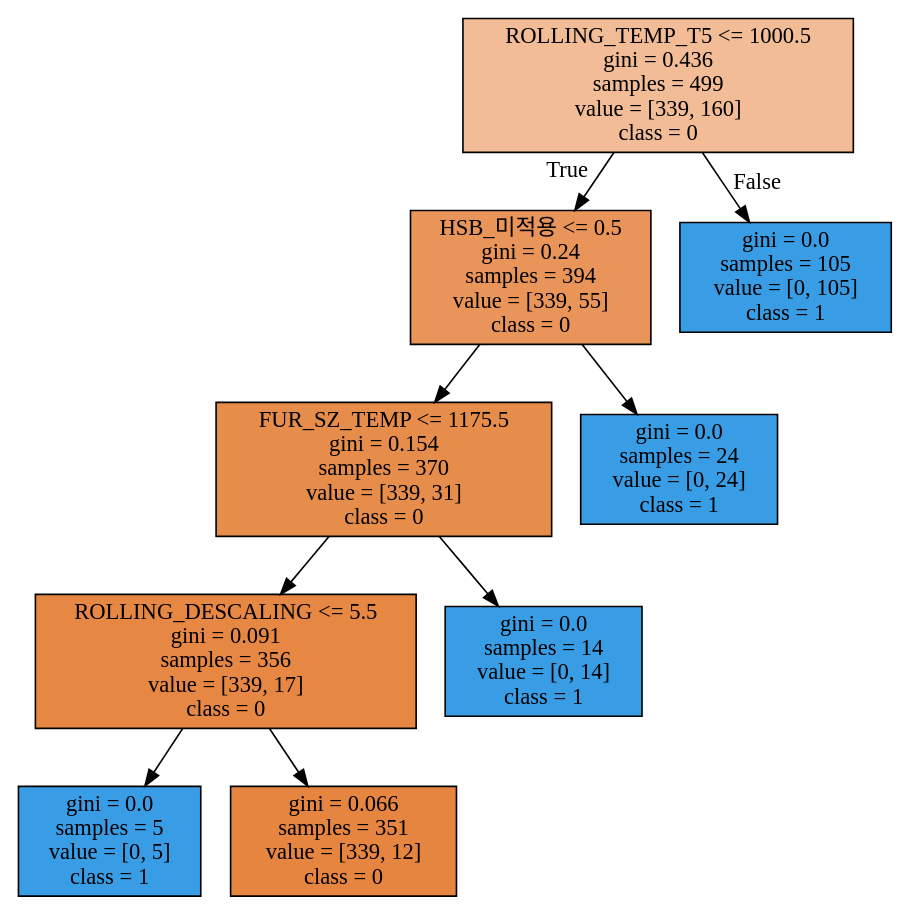
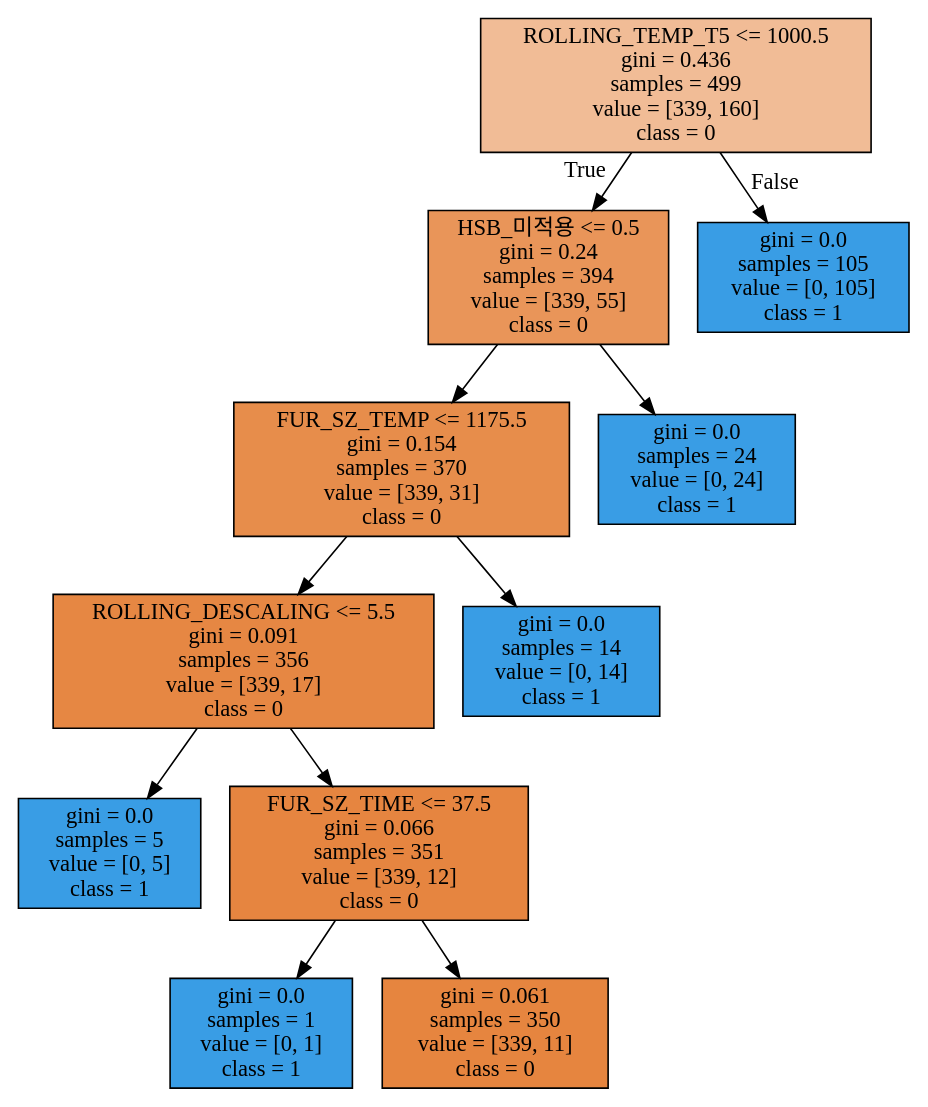
Before and after one commit to juno1028/Postech_Academy: the diagram in HW/BigData/빅데이터 종합실습/종합실습2/tree_low.dot, drawn with Graphviz. The commit also changed 2 other files, not shown here.

```diff
--- a/HW/BigData/빅데이터 종합실습/종합실습2/tree_low.dot
+++ b/HW/BigData/빅데이터 종합실습/종합실습2/tree_low.dot
@@ -1,20 +1,24 @@
 digraph Tree {
 node [shape=box, style="filled", color="black"] ;
 0 [label="ROLLING_TEMP_T5 <= 1000.5\ngini = 0.436\nsamples = 499\nvalue = [339, 160]\nclass = 0", fillcolor="#f1bc96"] ;
 1 [label="HSB_미적용 <= 0.5\ngini = 0.24\nsamples = 394\nvalue = [339, 55]\nclass = 0", fillcolor="#e99559"] ;
 0 -> 1 [labeldistance=2.5, labelangle=45, headlabel="True"] ;
 2 [label="FUR_SZ_TEMP <= 1175.5\ngini = 0.154\nsamples = 370\nvalue = [339, 31]\nclass = 0", fillcolor="#e78d4b"] ;
 1 -> 2 ;
 3 [label="ROLLING_DESCALING <= 5.5\ngini = 0.091\nsamples = 356\nvalue = [339, 17]\nclass = 0", fillcolor="#e68743"] ;
 2 -> 3 ;
 4 [label="gini = 0.0\nsamples = 5\nvalue = [0, 5]\nclass = 1", fillcolor="#399de5"] ;
 3 -> 4 ;
-5 [label="gini = 0.066\nsamples = 351\nvalue = [339, 12]\nclass = 0", fillcolor="#e68540"] ;
+5 [label="FUR_SZ_TIME <= 37.5\ngini = 0.066\nsamples = 351\nvalue = [339, 12]\nclass = 0", fillcolor="#e68540"] ;
 3 -> 5 ;
-6 [label="gini = 0.0\nsamples = 14\nvalue = [0, 14]\nclass = 1", fillcolor="#399de5"] ;
-2 -> 6 ;
-7 [label="gini = 0.0\nsamples = 24\nvalue = [0, 24]\nclass = 1", fillcolor="#399de5"] ;
-1 -> 7 ;
-8 [label="gini = 0.0\nsamples = 105\nvalue = [0, 105]\nclass = 1", fillcolor="#399de5"] ;
-0 -> 8 [labeldistance=2.5, labelangle=-45, headlabel="False"] ;
+6 [label="gini = 0.0\nsamples = 1\nvalue = [0, 1]\nclass = 1", fillcolor="#399de5"] ;
+5 -> 6 ;
+7 [label="gini = 0.061\nsamples = 350\nvalue = [339, 11]\nclass = 0", fillcolor="#e6853f"] ;
+5 -> 7 ;
+8 [label="gini = 0.0\nsamples = 14\nvalue = [0, 14]\nclass = 1", fillcolor="#399de5"] ;
+2 -> 8 ;
+9 [label="gini = 0.0\nsamples = 24\nvalue = [0, 24]\nclass = 1", fillcolor="#399de5"] ;
+1 -> 9 ;
+10 [label="gini = 0.0\nsamples = 105\nvalue = [0, 105]\nclass = 1", fillcolor="#399de5"] ;
+0 -> 10 [labeldistance=2.5, labelangle=-45, headlabel="False"] ;
 }
```
